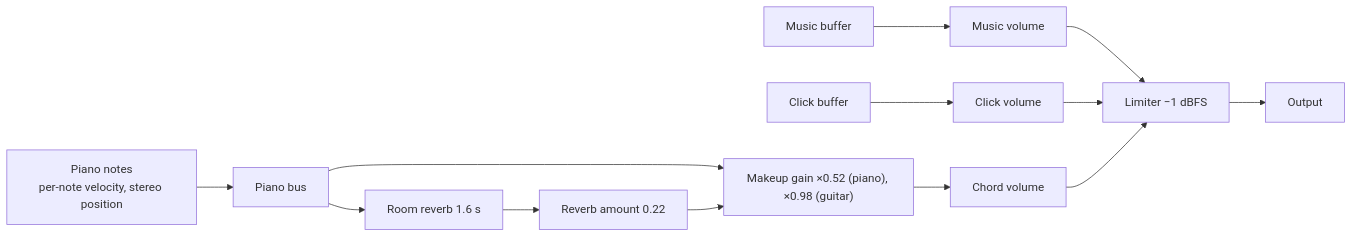
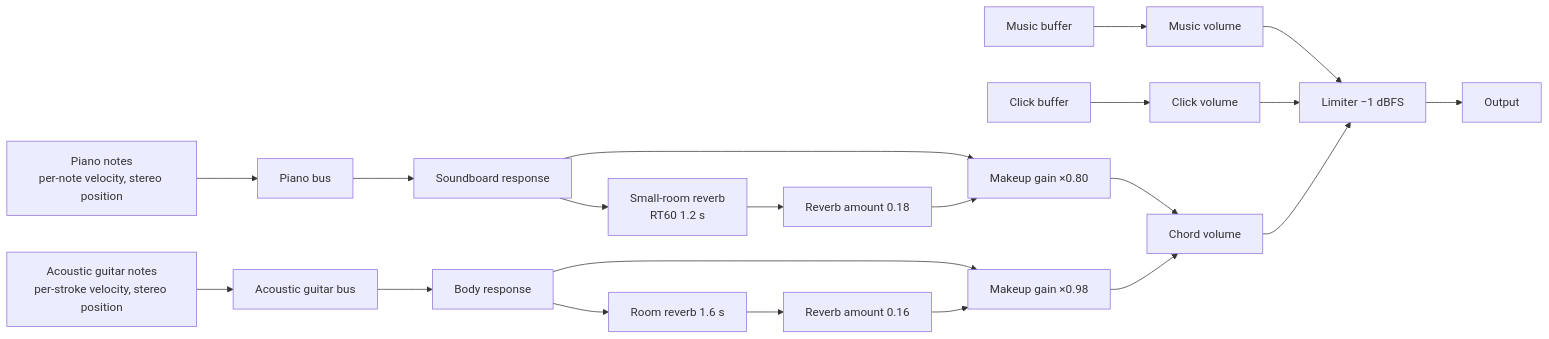
Before and after one commit to Velvitty/Chordity: the third of 3 diagrams in README.en.md, drawn with Mermaid. The commit also changed other lines of this file and 9 other files, not shown here.

````diff
--- a/README.en.md
+++ b/README.en.md
@@ -1367,13 +1419,17 @@
 ```mermaid
 flowchart LR
   M["Music buffer"] --> GM["Music volume"]
   C["Click buffer"] --> GC["Click volume"]
-  P["Piano notes<br/>per-note velocity, stereo position"] --> PB["Piano bus"]
-  PB --> MK["Makeup gain ×0.52 (piano), ×0.98 (guitar)"]
-  PB --> RV["Room reverb 1.6 s"] --> W["Reverb amount 0.22"] --> MK
-  MK --> GP["Chord volume"]
+  P["Piano notes<br/>per-note velocity, stereo position"] --> PB["Piano bus"] --> SB["Soundboard response"]
+  SB --> MP["Makeup gain ×0.80"]
+  SB --> RP["Small-room reverb<br/>RT60 1.2 s"] --> WP["Reverb amount 0.18"] --> MP
+  G["Acoustic guitar notes<br/>per-stroke velocity, stereo position"] --> GB["Acoustic guitar bus"] --> BD["Body response"]
+  BD --> MG["Makeup gain ×0.98"]
+  BD --> RG["Room reverb 1.6 s"] --> WG["Reverb amount 0.16"] --> MG
+  MP --> GP["Chord volume"]
+  MG --> GP
   GM --> L["Limiter −1 dBFS"]
   GC --> L
   GP --> L
   L --> O["Output"]
 ```
````
